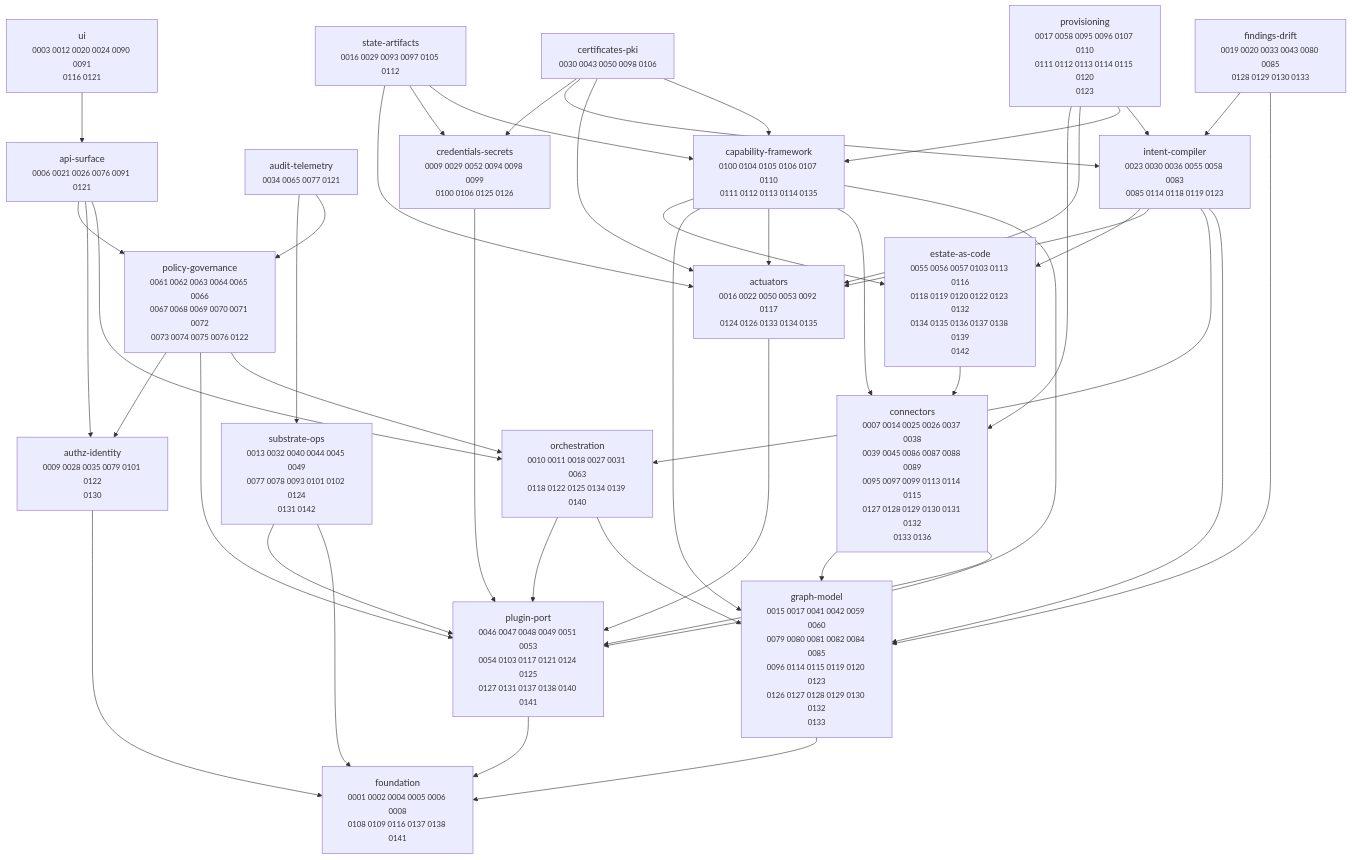
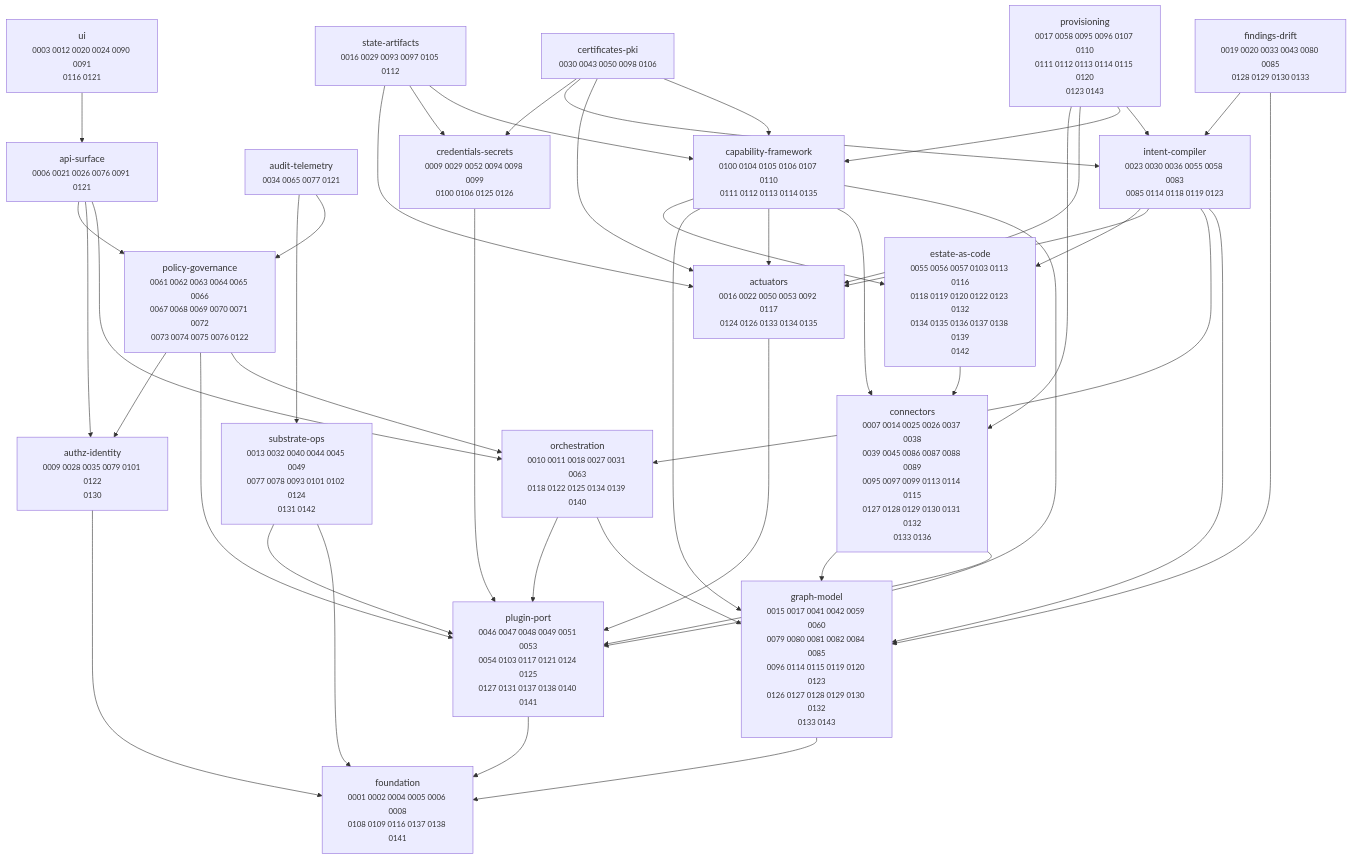
One commit to dstout-devops/stratt changed the diagram in docs/adr/MAP.md. Above: the diagram before and after it, drawn with Mermaid. The commit also changed other lines of this file and 6 other files, not shown here.

````diff
--- a/docs/adr/MAP.md
+++ b/docs/adr/MAP.md
@@ -11,67 +11,67 @@
 ```mermaid
 graph TD
   actuators["actuators<br/><small>0016 0022 0050 0053 0092 0117<br/>0124 0126 0133 0134 0135</small>"]
   api_surface["api-surface<br/><small>0006 0021 0026 0076 0091 0121</small>"]
   audit_telemetry["audit-telemetry<br/><small>0034 0065 0077 0121</small>"]
   authz_identity["authz-identity<br/><small>0009 0028 0035 0079 0101 0122<br/>0130</small>"]
   capability_framework["capability-framework<br/><small>0100 0104 0105 0106 0107 0110<br/>0111 0112 0113 0114 0135</small>"]
   certificates_pki["certificates-pki<br/><small>0030 0043 0050 0098 0106</small>"]
   connectors["connectors<br/><small>0007 0014 0025 0026 0037 0038<br/>0039 0045 0086 0087 0088 0089<br/>0095 0097 0099 0113 0114 0115<br/>0127 0128 0129 0130 0131 0132<br/>0133 0136</small>"]
   credentials_secrets["credentials-secrets<br/><small>0009 0029 0052 0094 0098 0099<br/>0100 0106 0125 0126</small>"]
   estate_as_code["estate-as-code<br/><small>0055 0056 0057 0103 0113 0116<br/>0118 0119 0120 0122 0123 0132<br/>0134 0135 0136 0137 0138 0139<br/>0142</small>"]
   findings_drift["findings-drift<br/><small>0019 0020 0033 0043 0080 0085<br/>0128 0129 0130 0133</small>"]
   foundation["foundation<br/><small>0001 0002 0004 0005 0006 0008<br/>0108 0109 0116 0137 0138 0141</small>"]
-  graph_model["graph-model<br/><small>0015 0017 0041 0042 0059 0060<br/>0079 0080 0081 0082 0084 0085<br/>0096 0114 0115 0119 0120 0123<br/>0126 0127 0128 0129 0130 0132<br/>0133</small>"]
+  graph_model["graph-model<br/><small>0015 0017 0041 0042 0059 0060<br/>0079 0080 0081 0082 0084 0085<br/>0096 0114 0115 0119 0120 0123<br/>0126 0127 0128 0129 0130 0132<br/>0133 0143</small>"]
   intent_compiler["intent-compiler<br/><small>0023 0030 0036 0055 0058 0083<br/>0085 0114 0118 0119 0123</small>"]
   orchestration["orchestration<br/><small>0010 0011 0018 0027 0031 0063<br/>0118 0122 0125 0134 0139 0140</small>"]
   plugin_port["plugin-port<br/><small>0046 0047 0048 0049 0051 0053<br/>0054 0103 0117 0121 0124 0125<br/>0127 0131 0137 0138 0140 0141</small>"]
   policy_governance["policy-governance<br/><small>0061 0062 0063 0064 0065 0066<br/>0067 0068 0069 0070 0071 0072<br/>0073 0074 0075 0076 0122</small>"]
-  provisioning["provisioning<br/><small>0017 0058 0095 0096 0107 0110<br/>0111 0112 0113 0114 0115 0120<br/>0123</small>"]
+  provisioning["provisioning<br/><small>0017 0058 0095 0096 0107 0110<br/>0111 0112 0113 0114 0115 0120<br/>0123 0143</small>"]
   state_artifacts["state-artifacts<br/><small>0016 0029 0093 0097 0105 0112</small>"]
   substrate_ops["substrate-ops<br/><small>0013 0032 0040 0044 0045 0049<br/>0077 0078 0093 0101 0102 0124<br/>0131 0142</small>"]
   ui["ui<br/><small>0003 0012 0020 0024 0090 0091<br/>0116 0121</small>"]
 
   actuators --> plugin_port
   api_surface --> orchestration
   api_surface --> authz_identity
   api_surface --> policy_governance
   audit_telemetry --> policy_governance
   audit_telemetry --> substrate_ops
   authz_identity --> foundation
   capability_framework --> plugin_port
   capability_framework --> connectors
   capability_framework --> actuators
   capability_framework --> graph_model
   capability_framework --> estate_as_code
   certificates_pki --> capability_framework
   certificates_pki --> actuators
   certificates_pki --> intent_compiler
   certificates_pki --> credentials_secrets
   connectors --> plugin_port
   connectors --> graph_model
   credentials_secrets --> plugin_port
   estate_as_code --> connectors
   findings_drift --> graph_model
   findings_drift --> intent_compiler
   graph_model --> foundation
   intent_compiler --> graph_model
   intent_compiler --> orchestration
   intent_compiler --> actuators
   intent_compiler --> estate_as_code
   orchestration --> graph_model
   orchestration --> plugin_port
   plugin_port --> foundation
   policy_governance --> orchestration
   policy_governance --> plugin_port
   policy_governance --> authz_identity
   provisioning --> intent_compiler
   provisioning --> capability_framework
   provisioning --> actuators
   provisioning --> connectors
   state_artifacts --> capability_framework
   state_artifacts --> credentials_secrets
   state_artifacts --> actuators
   substrate_ops --> foundation
   substrate_ops --> plugin_port
   ui --> api_surface
 ```
````
